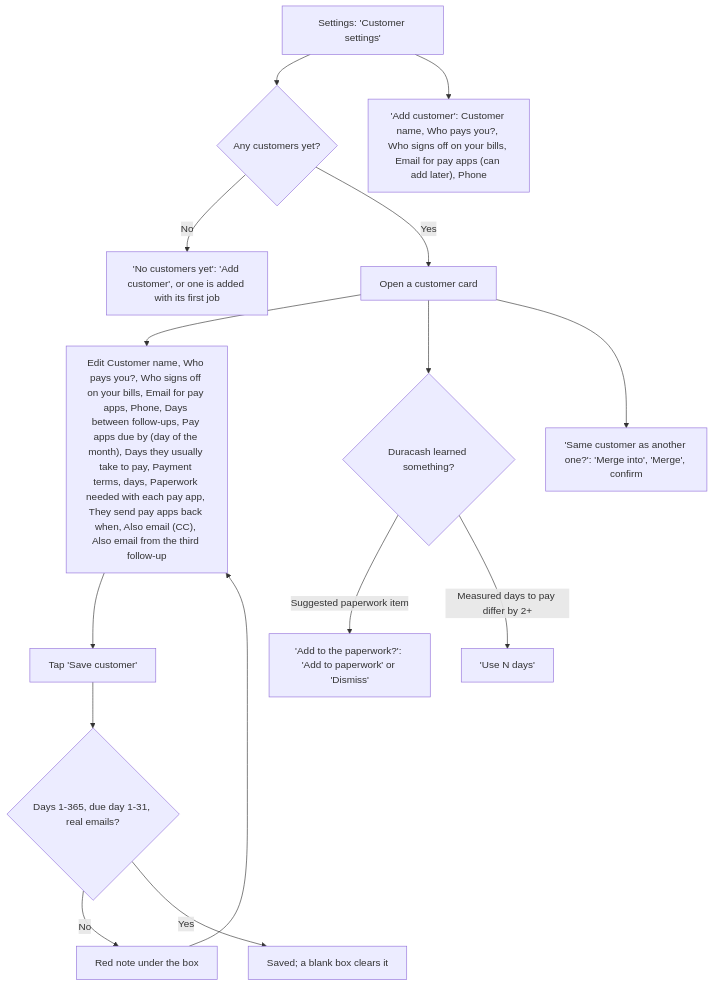
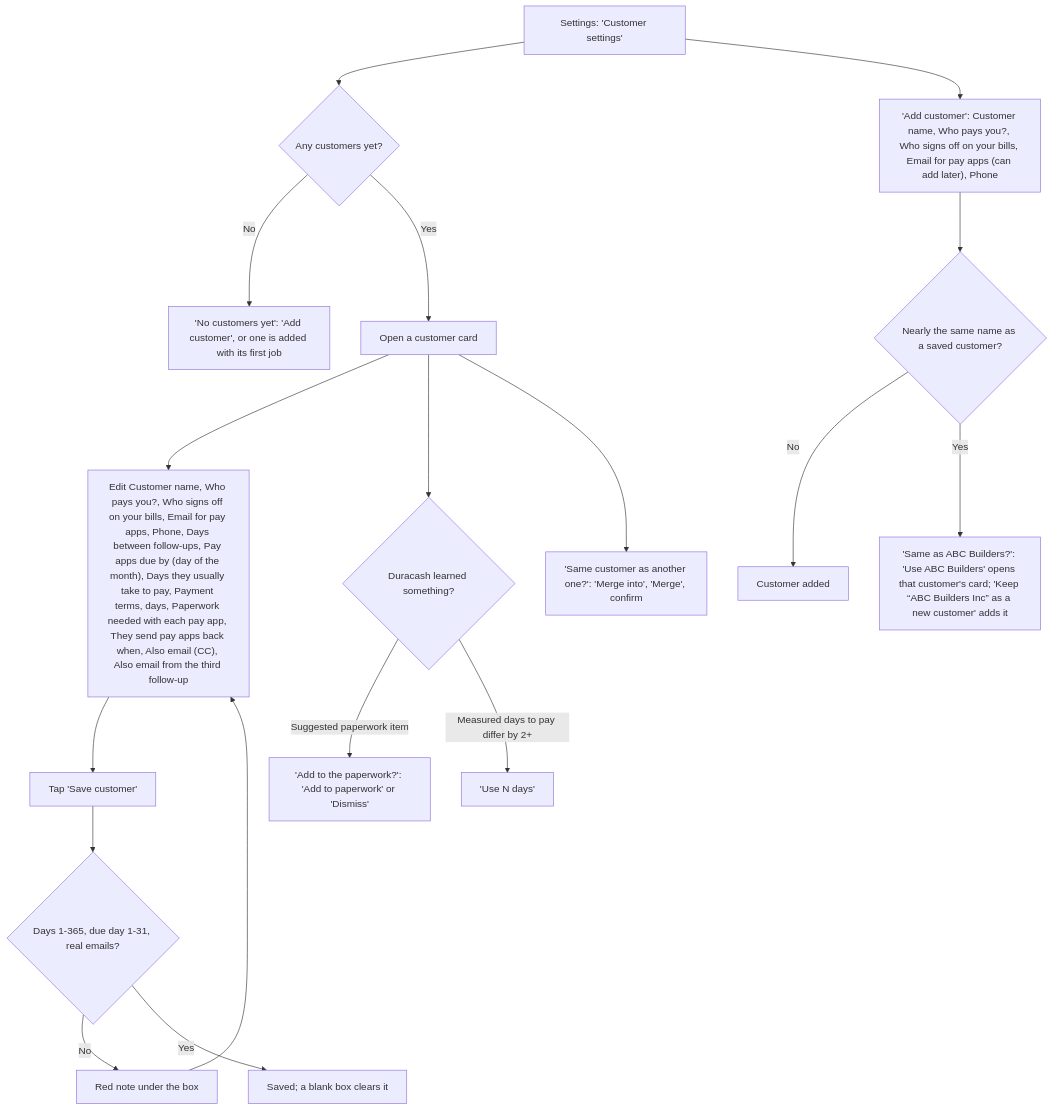
Before and after one commit to cartwrightstephen/billdable: diagram 15 of 15 in docs/client-flows.md, drawn with Mermaid. The commit also changed other lines of this file and 9 other files, not shown here.

````diff
--- a/docs/client-flows.md
+++ b/docs/client-flows.md
@@ -528,17 +531,20 @@
 ```mermaid
 flowchart TD
     A["Settings: 'Customer settings'"] --> B{"Any customers yet?"}
     B -->|"No"| C["'No customers yet': 'Add customer', or one is added with its first job"]
     B -->|"Yes"| D["Open a customer card"]
     A --> AC["'Add customer': Customer name, Who pays you?, Who signs off on your bills, Email for pay apps (can add later), Phone"]
+    AC --> AN{"Nearly the same name as a saved customer?"}
+    AN -->|"No"| AD["Customer added"]
+    AN -->|"Yes"| AQ["'Same as ABC Builders?': 'Use ABC Builders' opens that customer's card; 'Keep “ABC Builders Inc” as a new customer' adds it"]
     D --> E["Edit Customer name, Who pays you?, Who signs off on your bills, Email for pay apps, Phone, Days between follow-ups, Pay apps due by (day of the month), Days they usually take to pay, Payment terms, days, Paperwork needed with each pay app, They send pay apps back when, Also email (CC), Also email from the third follow-up"]
     E --> F["Tap 'Save customer'"]
     F --> G{"Days 1-365, due day 1-31, real emails?"}
     G -->|"No"| H["Red note under the box"]
     H --> E
     G -->|"Yes"| I["Saved; a blank box clears it"]
     D --> J{"Duracash learned something?"}
     J -->|"Suggested paperwork item"| K["'Add to the paperwork?': 'Add to paperwork' or 'Dismiss'"]
     J -->|"Measured days to pay differ by 2+"| L["'Use N days'"]
     D --> MG["'Same customer as another one?': 'Merge into', 'Merge', confirm"]
 ```
````
